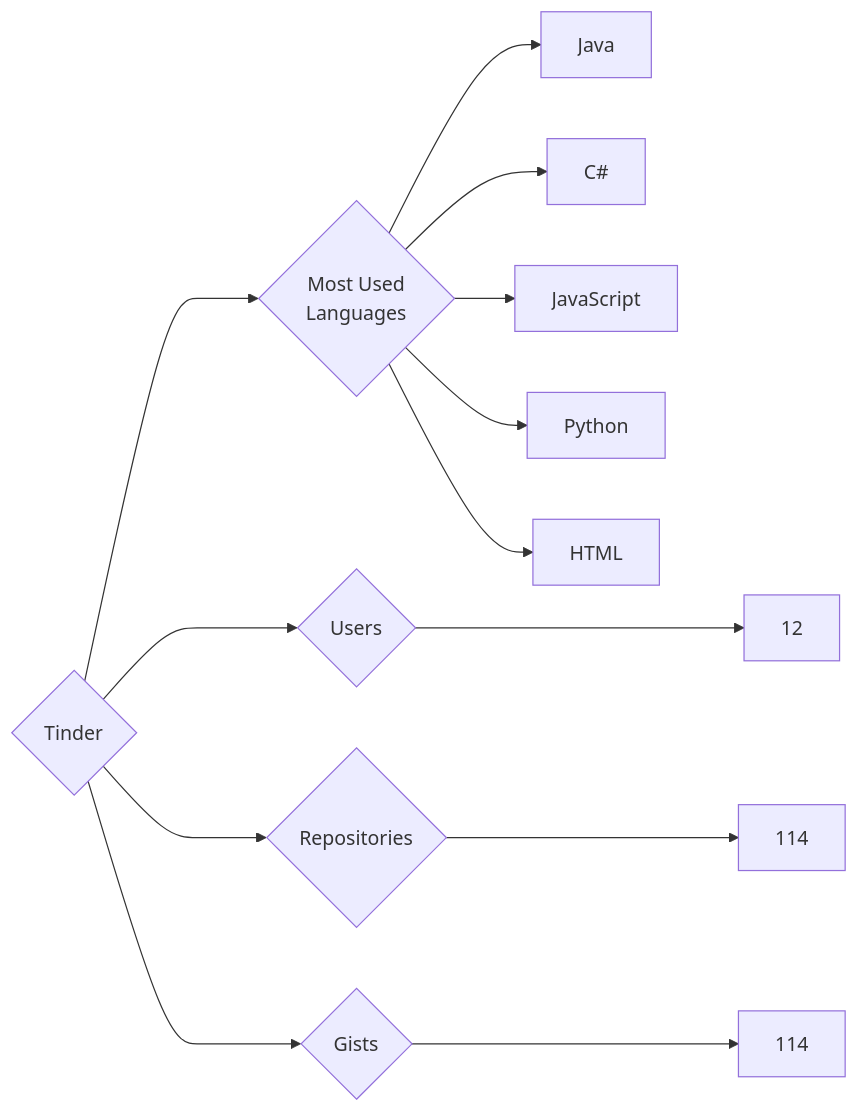
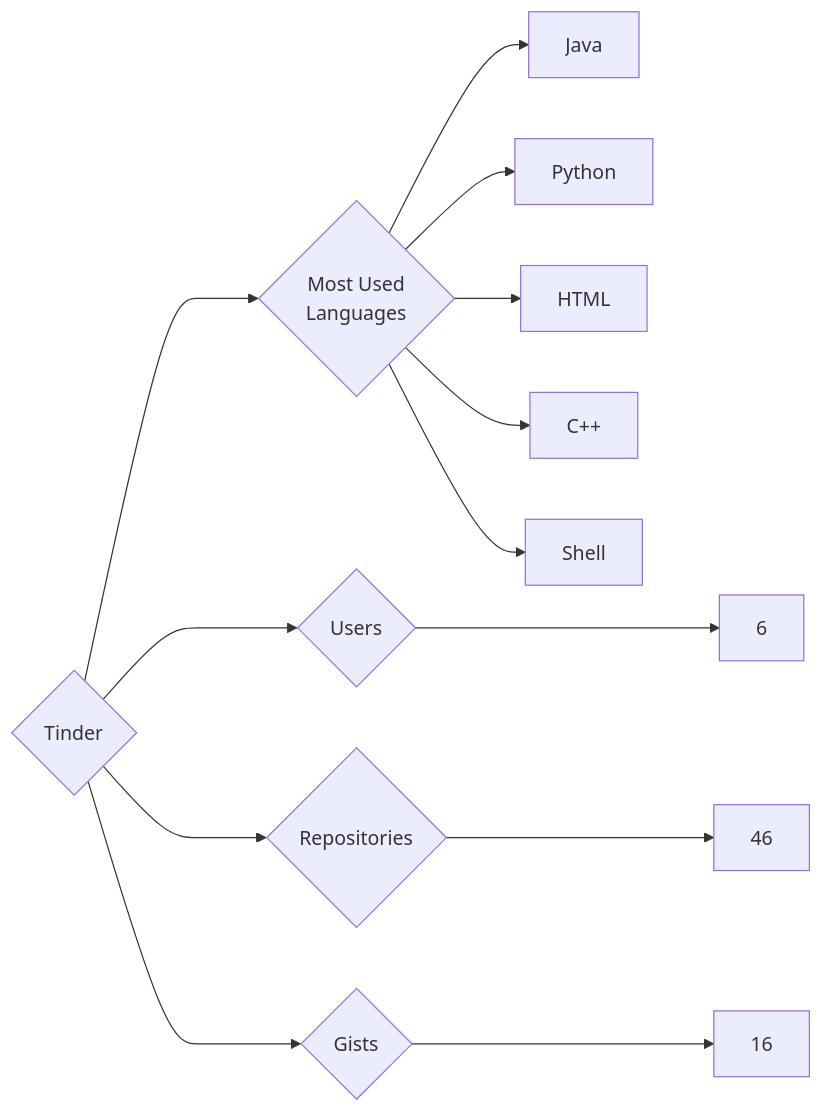
The diagram in targets/Tinder/README.md (trickest/insiders), drawn with Mermaid before and after one commit. The commit also changed 970 other files, not shown here.

````diff
--- a/targets/Tinder/README.md
+++ b/targets/Tinder/README.md
@@ -3,13 +3,13 @@
 ```mermaid
 graph LR
 COMPANY_NAME{Tinder}
-COMPANY_NAME ---> U{Users} ---> UN[12]
-COMPANY_NAME ---> R{Repositories} ---> RN[114]
-COMPANY_NAME ---> G{Gists} ---> GN[114]
+COMPANY_NAME ---> U{Users} ---> UN[6]
+COMPANY_NAME ---> R{Repositories} ---> RN[46]
+COMPANY_NAME ---> G{Gists} ---> GN[16]
 COMPANY_NAME ---> ML{Most Used<br>Languages}
 ML --> Java[Java]
-ML --> C#[C#]
-ML --> JavaScript[JavaScript]
 ML --> Python[Python]
 ML --> HTML[HTML]
+ML --> C++[C++]
+ML --> Shell[Shell]
 ```
````
